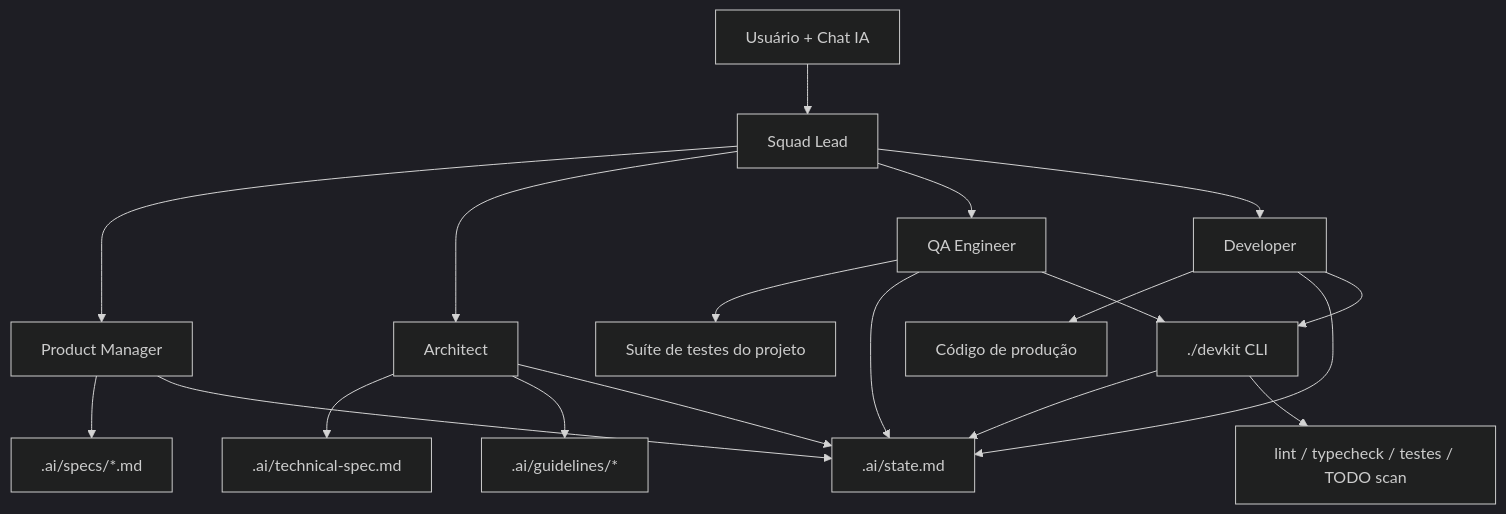
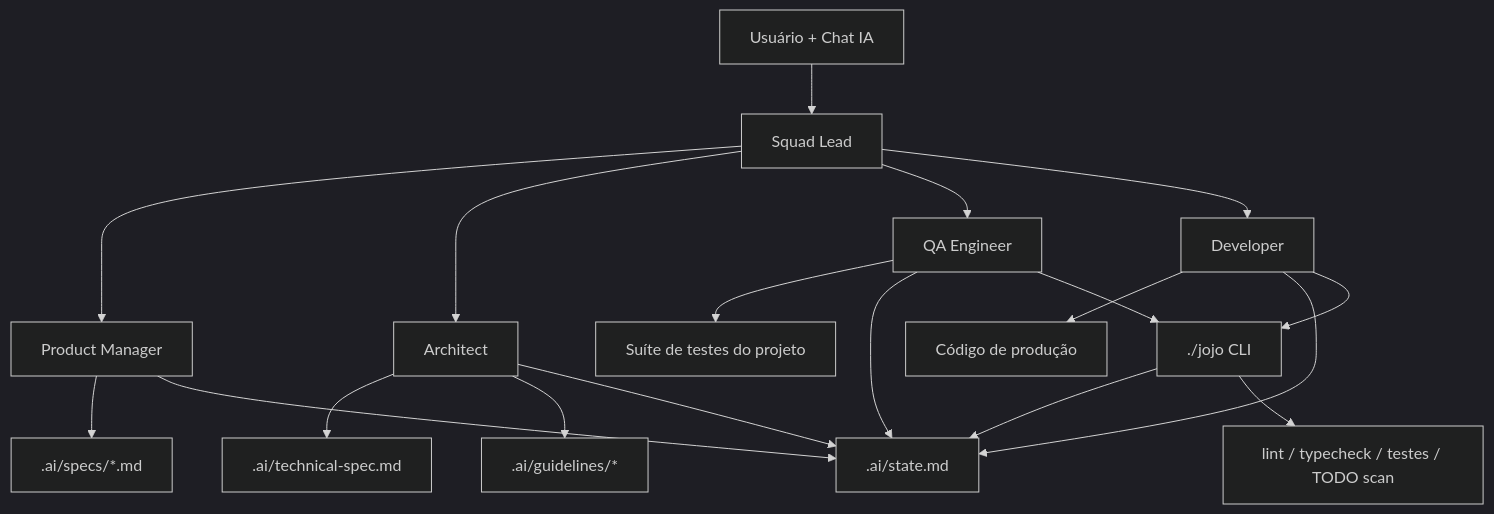
The first of 2 diagrams in .ai/technical-spec.md (gtopfer/jojo-ai), drawn with Mermaid (dark theme) before and after one commit. The commit also changed other lines of this file and 47 other files, not shown here.

First line of the commit message:
refactor: rebrand to jojo-ai with CLI ./jojo

````diff
--- a/.ai/technical-spec.md
+++ b/.ai/technical-spec.md
@@ -17,21 +17,21 @@
 ```mermaid
 graph TD
   User[Usuário + Chat IA] --> SL[Squad Lead]
   SL --> PM[Product Manager]
   SL --> Arch[Architect]
   SL --> QA[QA Engineer]
   SL --> Dev[Developer]
   PM --> Specs[".ai/specs/*.md"]
   Arch --> Tech[".ai/technical-spec.md"]
   Arch --> ArchGuide[".ai/guidelines/*"]
   QA --> Tests[Suíte de testes do projeto]
   Dev --> Code[Código de produção]
   PM --> State[".ai/state.md"]
   Arch --> State
   QA --> State
   Dev --> State
-  CLI["./devkit CLI"] --> State
+  CLI["./jojo CLI"] --> State
   CLI --> Review[lint / typecheck / testes / TODO scan]
   Dev --> CLI
   QA --> CLI
 ```
````
